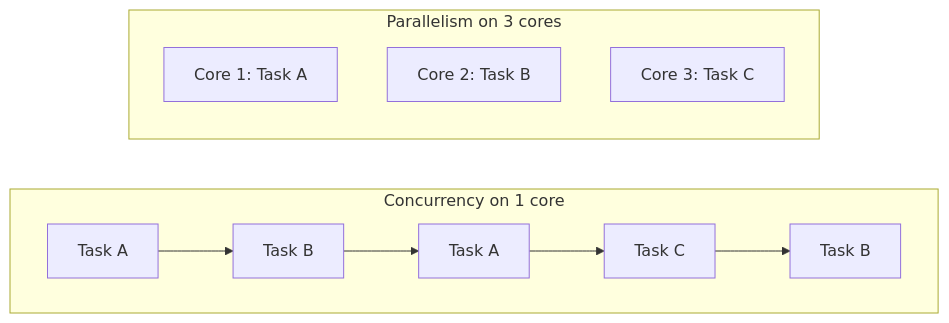
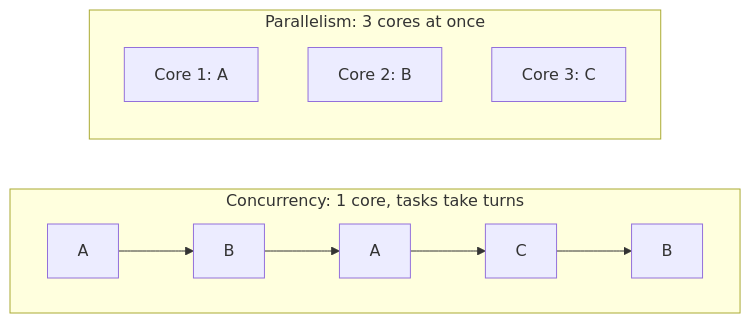
The third of 5 diagrams in 01-cs-and-web-fundamentals/03-operating-systems-processes-threads-memory.md (AnkitSharma745/Master_Javascript), drawn with Mermaid before and after one commit. The commit also changed other lines of this file and 271 other files, not shown here.

````diff
--- a/01-cs-and-web-fundamentals/03-operating-systems-processes-threads-memory.md
+++ b/01-cs-and-web-fundamentals/03-operating-systems-processes-threads-memory.md
@@ -304,13 +148,13 @@
 ```mermaid
 flowchart LR
-    subgraph C1["Concurrency on 1 core"]
+    subgraph C1["Concurrency: 1 core, tasks take turns"]
         direction LR
-        a1["Task A"] --> b1["Task B"] --> a2["Task A"] --> c1["Task C"] --> b2["Task B"]
+        a1["A"] --> b1["B"] --> a2["A"] --> c1["C"] --> b2["B"]
     end
-    subgraph P1["Parallelism on 3 cores"]
+    subgraph P1["Parallelism: 3 cores at once"]
         direction TB
-        pa["Core 1: Task A"]
-        pb["Core 2: Task B"]
-        pc["Core 3: Task C"]
+        pa["Core 1: A"]
+        pb["Core 2: B"]
+        pc["Core 3: C"]
     end
 ```
````
